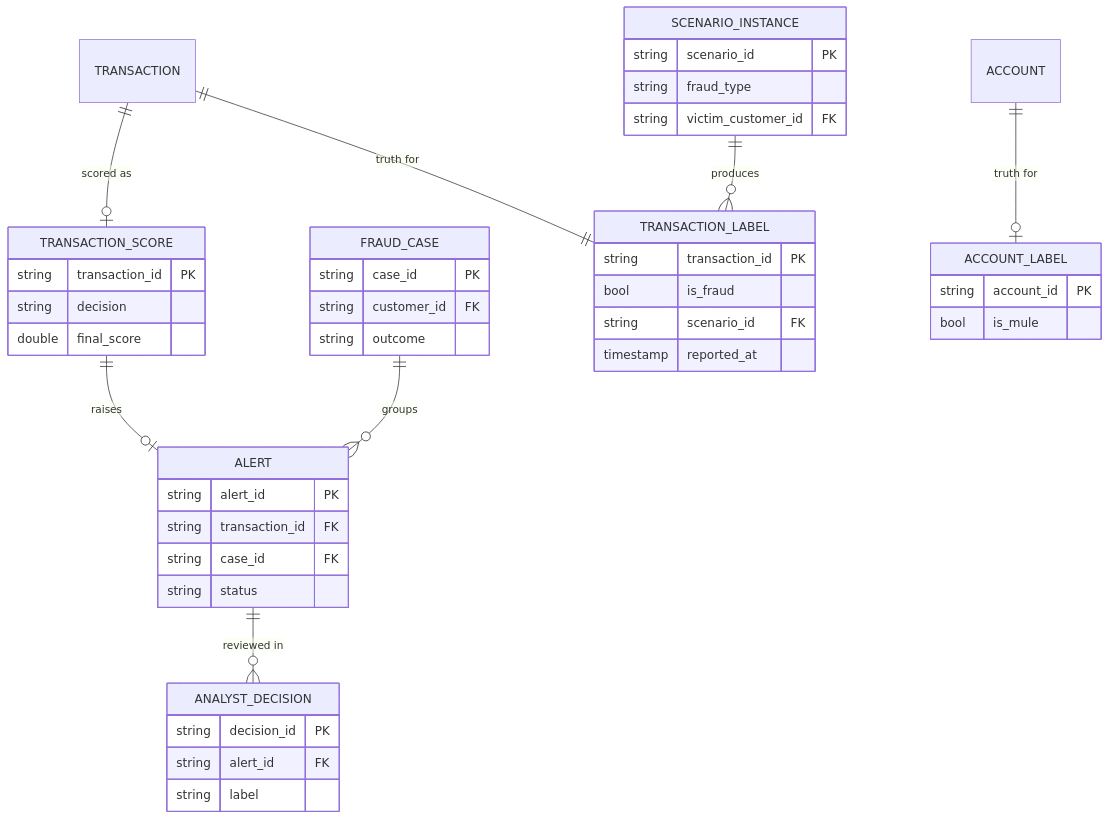
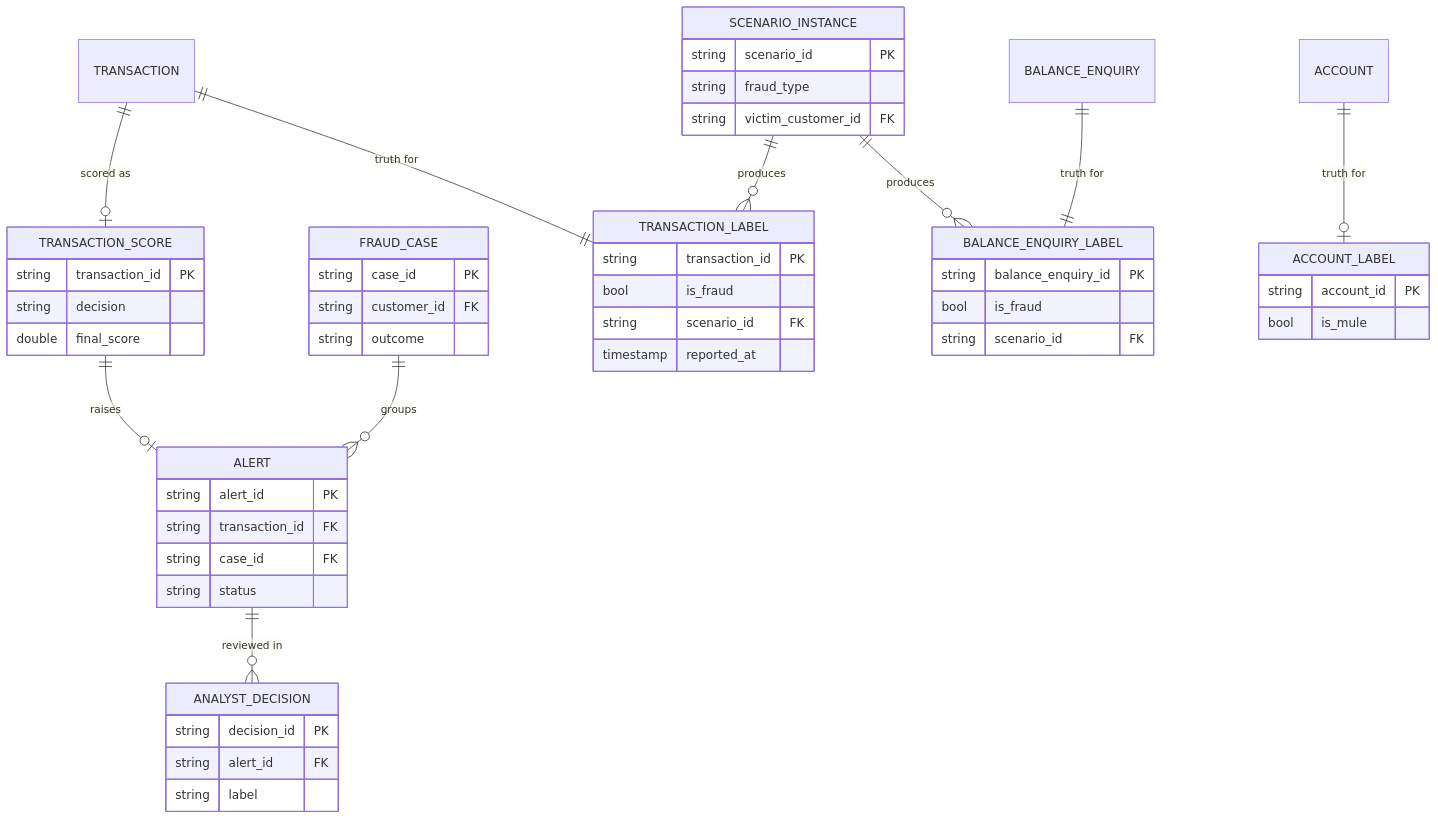
Before and after one commit to ST10471601/sentinel-za: the second of 2 diagrams in docs/data-model.md, drawn with Mermaid. The commit also changed other lines of this file and 17 other files, not shown here.

````diff
--- a/docs/data-model.md
+++ b/docs/data-model.md
@@ -110,47 +118,54 @@
 ```mermaid
 erDiagram
     TRANSACTION ||--o| TRANSACTION_SCORE : "scored as"
     TRANSACTION_SCORE ||--o| ALERT : raises
     FRAUD_CASE ||--o{ ALERT : groups
     ALERT ||--o{ ANALYST_DECISION : "reviewed in"
     SCENARIO_INSTANCE ||--o{ TRANSACTION_LABEL : produces
     TRANSACTION ||--|| TRANSACTION_LABEL : "truth for"
+    SCENARIO_INSTANCE ||--o{ BALANCE_ENQUIRY_LABEL : produces
+    BALANCE_ENQUIRY ||--|| BALANCE_ENQUIRY_LABEL : "truth for"
     ACCOUNT ||--o| ACCOUNT_LABEL : "truth for"
 
     TRANSACTION_SCORE {
         string transaction_id PK
         string decision
         double final_score
     }
     ALERT {
         string alert_id PK
         string transaction_id FK
         string case_id FK
         string status
     }
     FRAUD_CASE {
         string case_id PK
         string customer_id FK
         string outcome
     }
     ANALYST_DECISION {
         string decision_id PK
         string alert_id FK
         string label
     }
     SCENARIO_INSTANCE {
         string scenario_id PK
         string fraud_type
         string victim_customer_id FK
     }
     TRANSACTION_LABEL {
         string transaction_id PK
         bool is_fraud
         string scenario_id FK
         timestamp reported_at
     }
+    BALANCE_ENQUIRY_LABEL {
+        string balance_enquiry_id PK
+        bool is_fraud
+        string scenario_id FK
+    }
     ACCOUNT_LABEL {
         string account_id PK
         bool is_mule
     }
 ```
````
